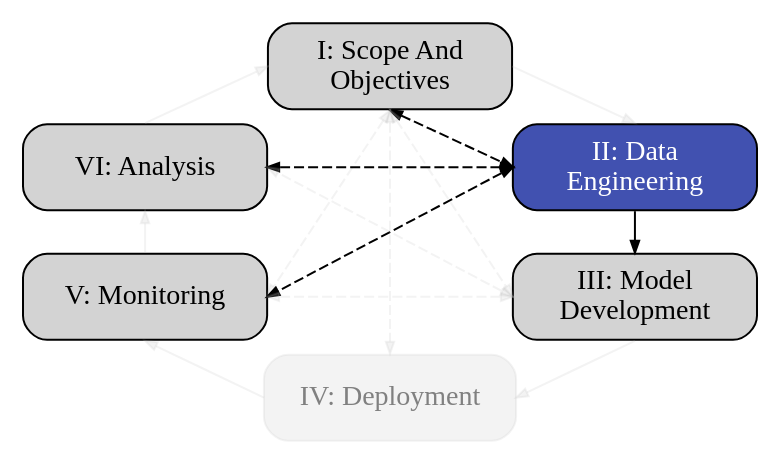
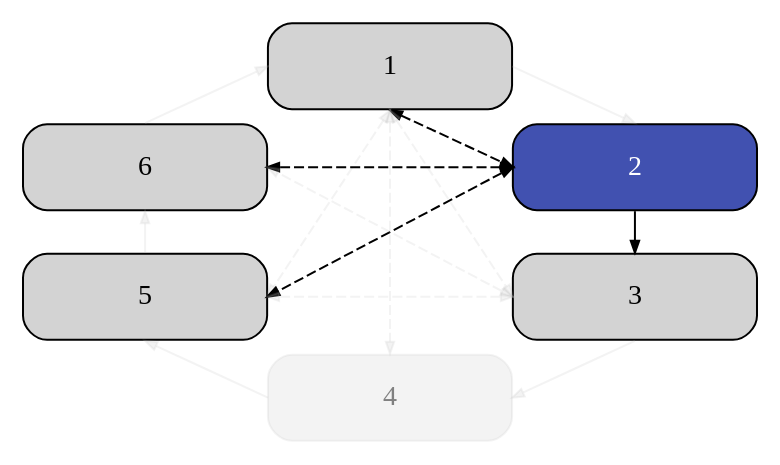
Before and after one commit to aria-ml/dataeval: the third of 7 diagrams in docs/source/concepts/workflows/ML_Lifecycle.md, drawn with Graphviz. The commit also changed other lines of this file and 1 other file, not shown here.

Commit message:
Fix graphviz theming and markdown links

````diff
--- a/docs/source/concepts/workflows/ML_Lifecycle.md
+++ b/docs/source/concepts/workflows/ML_Lifecycle.md
@@ -94,31 +98,31 @@
 ```{graphviz}
    
    digraph flowchart {
       node [shape=box,width=1.7,height=0.6]
       edge [arrowsize=0.6]
       layout="neato"
 
-      1 [label="I: Scope And\nObjectives",style="rounded,filled",pos="1.7,2.5!",xref=":ref:`scope-and-objectives`"]
-      2 [label="II: Data\nEngineering",style="rounded,filled",pos="3.4,1.8!",fillcolor="#4151B0",fontcolor="white"]
-      3 [label="III: Model\nDevelopment",style="rounded,filled",pos="3.4,0.9!",xref=":ref:`model-development`"]
-      4 [label="IV: Deployment",style="rounded,filled",pos="1.7,0.2!",xref=":ref:`deployment`",fontcolor="gray",color="#C0C0C030",fillcolor="#C0C0C030"]
-      5 [label="V: Monitoring",style="rounded,filled",pos="0.0,0.9!",xref=":ref:`monitoring`"]
-      6 [label="VI: Analysis",style="rounded,filled",pos="0.0,1.8!",xref=":ref:`analysis`"]
+      1 [xref="{ref}`Scope And Objectives <scope-and-objectives>`",style="rounded,filled",pos="1.7,2.5!"]
+      2 [xref="{ref}`Data Engineering <data-engineering>`",style="rounded,filled",pos="3.4,1.8!",fillcolor="#4151B0",fontcolor="white"]
+      3 [xref="{ref}`Model Development<model-development>`",style="rounded,filled",pos="3.4,0.9!"]
+      4 [xref="{ref}`Deployment <deployment>`",style="rounded,filled",pos="1.7,0.2!",fontcolor="gray",color="#C0C0C030",fillcolor="#C0C0C030"]
+      5 [xref="{ref}`Monitoring <monitoring>`",style="rounded,filled",pos="0.0,0.9!"]
+      6 [xref="{ref}`Analysis <analysis>`",style="rounded,filled",pos="0.0,1.8!"]
       
       1:e->2:n [color="#C0C0C030",fillcolor="#C0C0C030"]
       2:s->3:n
       3:s->4:e [color="#C0C0C030",fillcolor="#C0C0C030"]
       4:w->5:s [color="#C0C0C030",fillcolor="#C0C0C030"]
       5:n->6:s [color="#C0C0C030",fillcolor="#C0C0C030"]
       6:n->1:w [color="#C0C0C030",fillcolor="#C0C0C030"]
 
       1:s->3:w [dir=both,style=dashed,color="#C0C0C030",fillcolor="#C0C0C030"]
       1:s->4:n [dir=both,style=dashed,color="#C0C0C030",fillcolor="#C0C0C030"]
       1:s->5:e [dir=both,style=dashed,color="#C0C0C030",fillcolor="#C0C0C030"]
       1:s->2:w [dir=both,style=dashed]
       2:w->5:e [dir=both,style=dashed]
       2:w->6:e [dir=both,style=dashed]
       3:w->5:e [dir=both,style=dashed,color="#C0C0C030",fillcolor="#C0C0C030"]
       3:w->6:e [dir=both,style=dashed,color="#C0C0C030",fillcolor="#C0C0C030"]
    }
 ```
````
